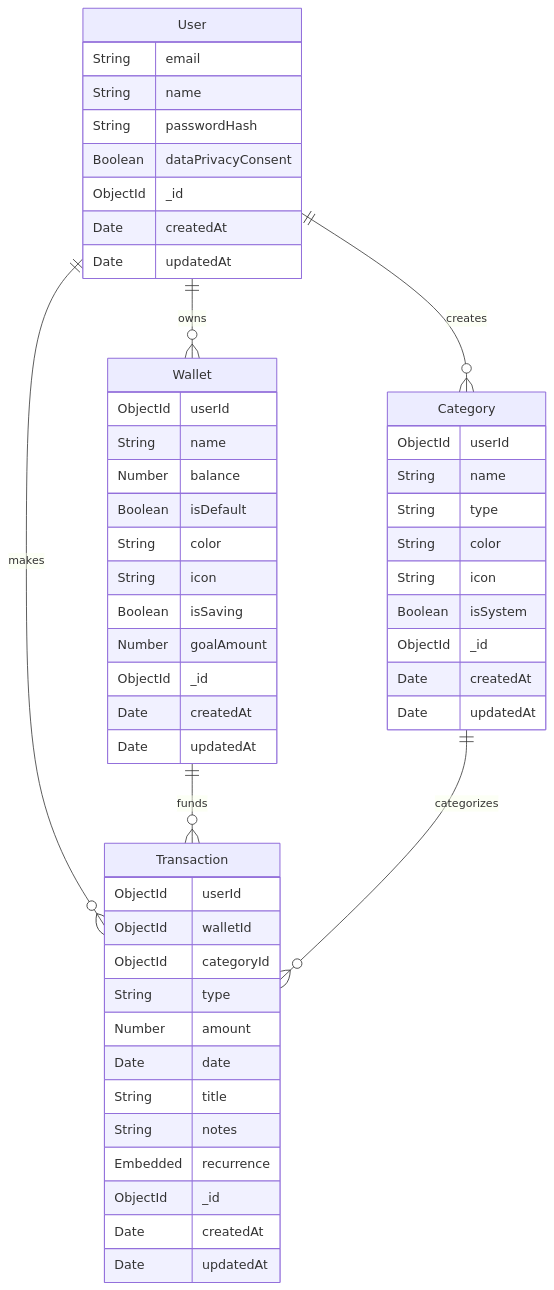
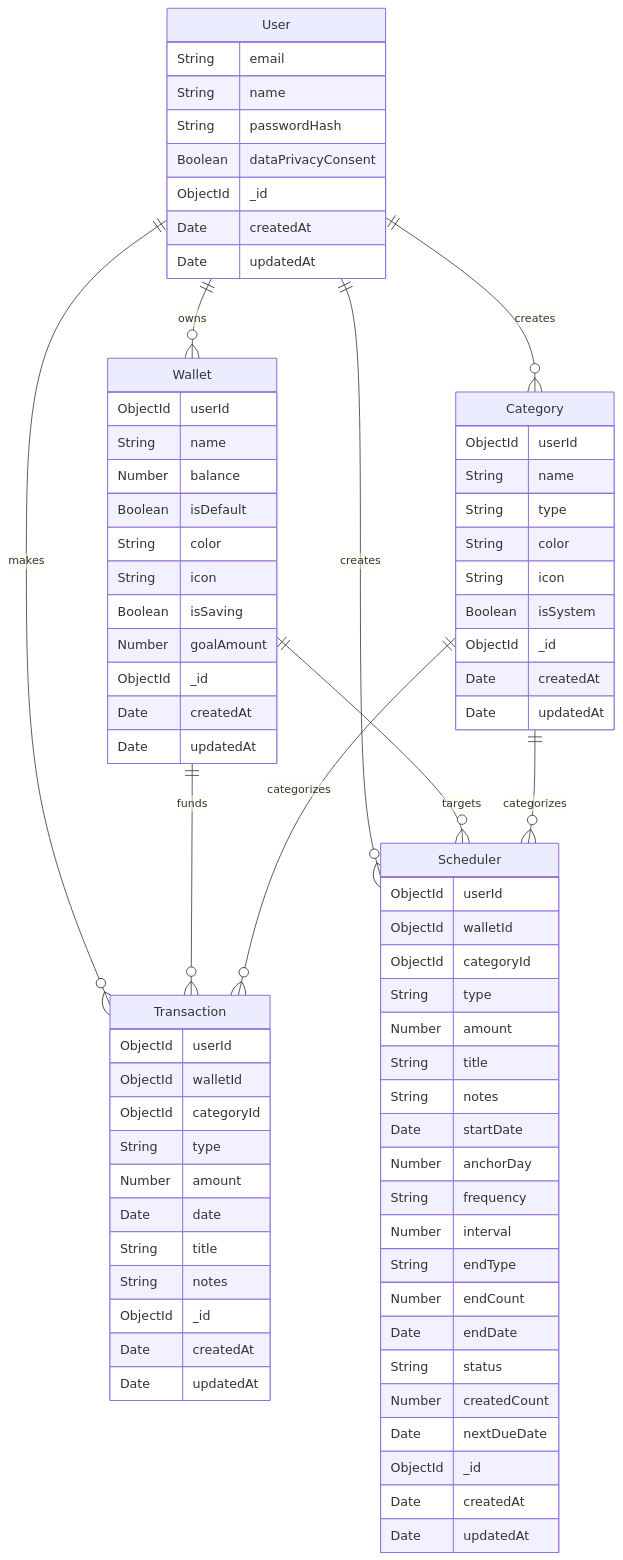
The diagram in docs/ERD.md (ComBiao/FinLover), drawn with Mermaid before and after one commit. The commit also changed 3 other files, not shown here.

Commit message:
feat: add Scheduler model and ERD entry

```diff
--- a/docs/ERD.md
+++ b/docs/ERD.md
@@ -7,6 +7,9 @@
   User ||--o{ Transaction : "makes"
   Wallet ||--o{ Transaction : "funds"
   Category ||--o{ Transaction : "categorizes"
+  User ||--o{ Scheduler : "creates"
+  Wallet ||--o{ Scheduler : "targets"
+  Category ||--o{ Scheduler : "categorizes"
 
   User {
     String email
@@ -53,7 +56,29 @@
     Date date
     String title
     String notes
-    Embedded recurrence
+    ObjectId _id
+    Date createdAt
+    Date updatedAt
+  }
+
+  Scheduler {
+    ObjectId userId
+    ObjectId walletId
+    ObjectId categoryId
+    String type
+    Number amount
+    String title
+    String notes
+    Date startDate
+    Number anchorDay
+    String frequency
+    Number interval
+    String endType
+    Number endCount
+    Date endDate
+    String status
+    Number createdCount
+    Date nextDueDate
     ObjectId _id
     Date createdAt
     Date updatedAt
```
